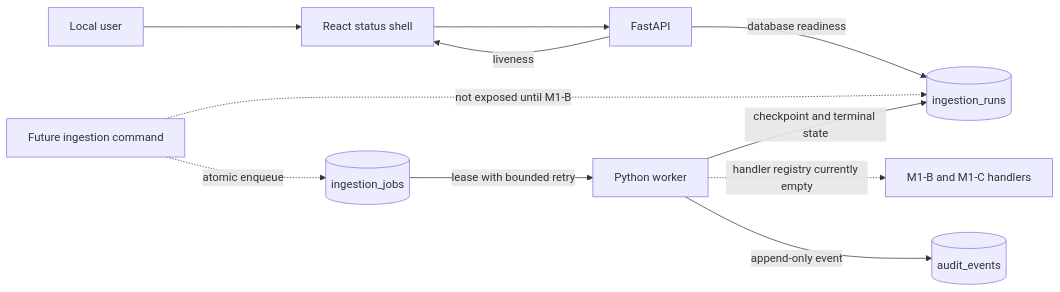
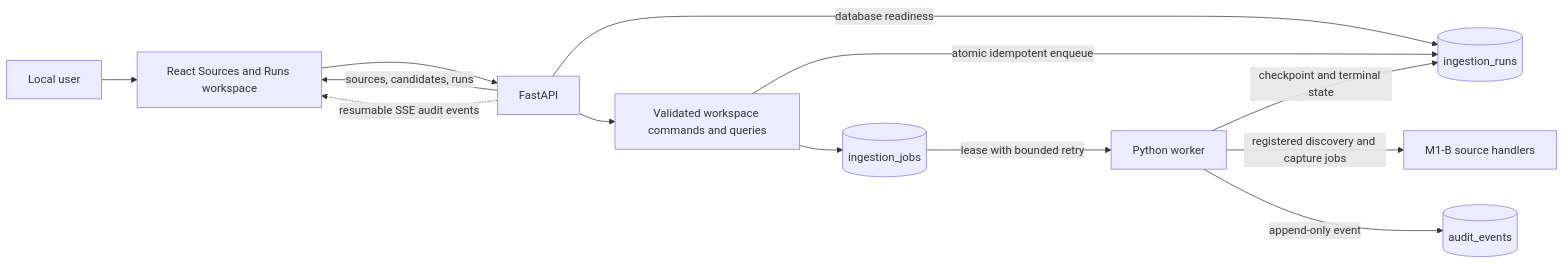
The second of 9 diagrams in docs/architecture/system-architecture.md (Wenqi77Zhang/GameCrafter-Agent), drawn with Mermaid before and after one commit. The commit also changed other lines of this file and 66 other files, not shown here.

````diff
--- a/docs/architecture/system-architecture.md
+++ b/docs/architecture/system-architecture.md
@@ -32,22 +32,24 @@
 ```mermaid
 flowchart LR
     USER["Local user"]
-    WEB["React status shell"]
+    WEB["React Sources and Runs workspace"]
     API["FastAPI"]
-    COMMAND["Future ingestion command"]
+    COMMAND["Validated workspace commands and queries"]
     RUNS[("ingestion_runs")]
     JOBS[("ingestion_jobs")]
     AUDIT[("audit_events")]
     WORKER["Python worker"]
-    HANDLER["M1-B and M1-C handlers"]
+    HANDLER["M1-B source handlers"]
 
     USER --> WEB --> API
-    API -->|"liveness"| WEB
+    API -->|"sources, candidates, runs"| WEB
+    API -. "resumable SSE audit events" .-> WEB
     API -->|"database readiness"| RUNS
-    COMMAND -. "not exposed until M1-B" .-> RUNS
-    COMMAND -. "atomic enqueue" .-> JOBS
+    API --> COMMAND
+    COMMAND -->|"atomic idempotent enqueue"| RUNS
+    COMMAND --> JOBS
     JOBS -->|"lease with bounded retry"| WORKER
-    WORKER -. "handler registry currently empty" .-> HANDLER
+    WORKER -->|"registered discovery and capture jobs"| HANDLER
     WORKER -->|"checkpoint and terminal state"| RUNS
     WORKER -->|"append-only event"| AUDIT
 ```
````
